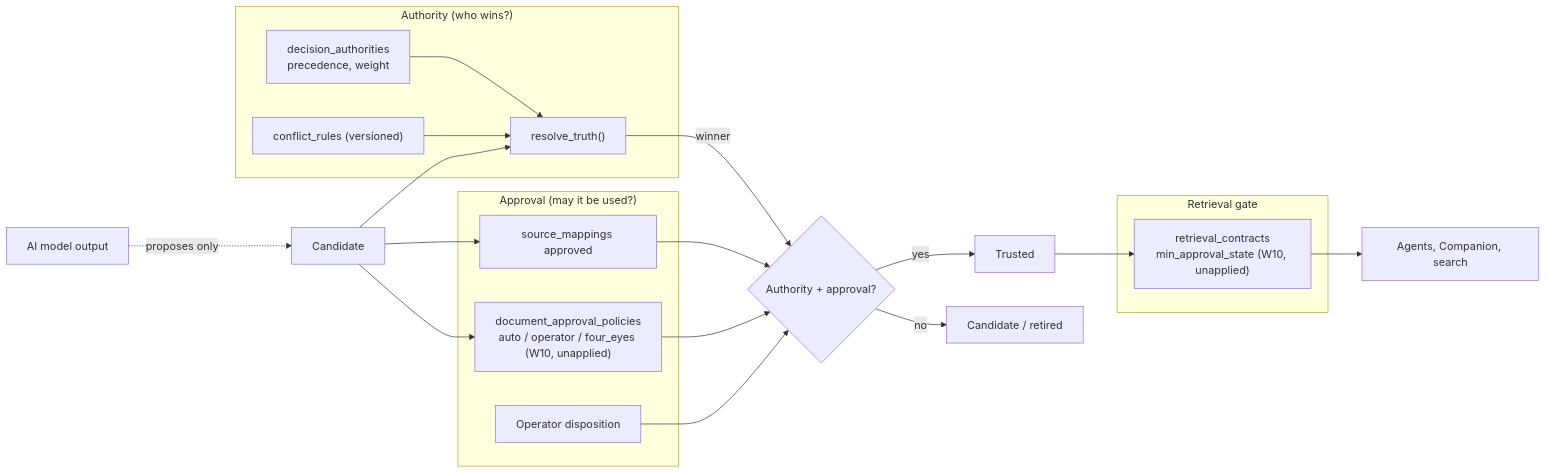
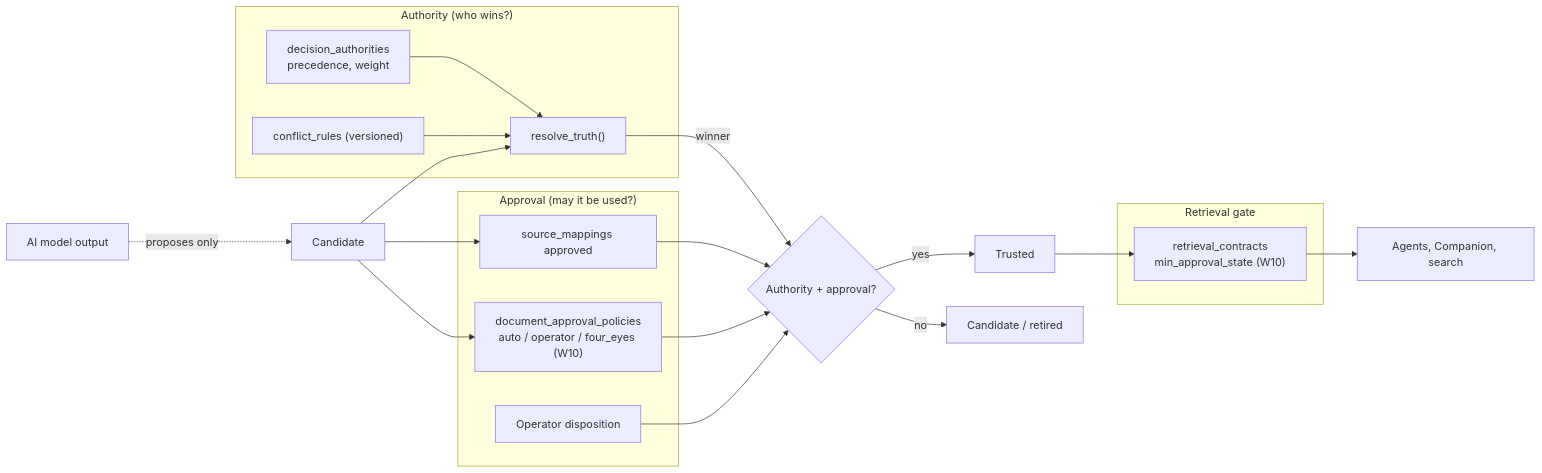
The third of 3 diagrams in docs/knowledge-refinery-diagrams.md (cjaisingh/verdent-ideas-spark), drawn with Mermaid before and after one commit. The commit also changed other lines of this file and 1 other file, not shown here.

````diff
--- a/docs/knowledge-refinery-diagrams.md
+++ b/docs/knowledge-refinery-diagrams.md
@@ -90,32 +90,32 @@
 ```mermaid
 flowchart LR
   cand["Candidate"]
 
   subgraph AUTH["Authority (who wins?)"]
     da["decision_authorities<br/>precedence, weight"]
     rt["resolve_truth()"]
     cr["conflict_rules (versioned)"]
   end
 
   subgraph APPR["Approval (may it be used?)"]
     smap["source_mappings approved"]
-    dap["document_approval_policies<br/>auto / operator / four_eyes (W10, unapplied)"]
+    dap["document_approval_policies<br/>auto / operator / four_eyes (W10)"]
     op["Operator disposition"]
   end
 
   subgraph USE["Retrieval gate"]
-    rc["retrieval_contracts<br/>min_approval_state (W10, unapplied)"]
+    rc["retrieval_contracts<br/>min_approval_state (W10)"]
   end
 
   cand --> rt
   da --> rt
   cr --> rt
   rt -->|winner| ok{"Authority + approval?"}
   cand --> smap --> ok
   cand --> dap --> ok
   op --> ok
   ok -->|yes| trusted["Trusted"]
   ok -->|no| parked["Candidate / retired"]
   trusted --> rc --> agents["Agents, Companion, search"]
   ai["AI model output"] -.->|proposes only| cand
 ```
````
